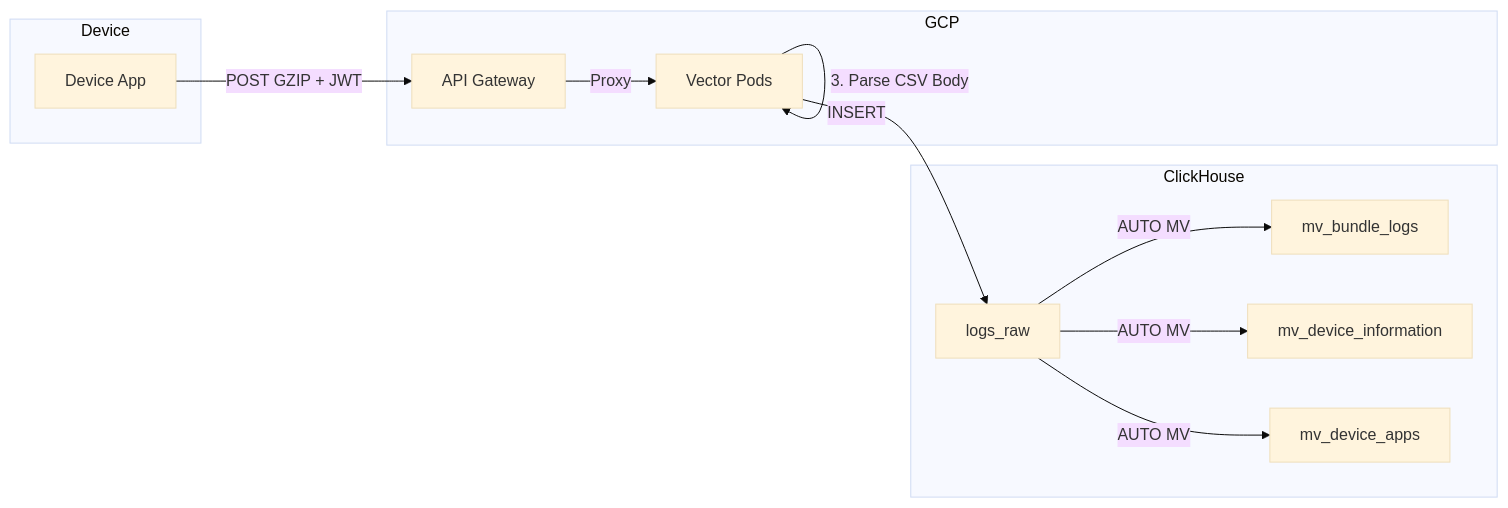
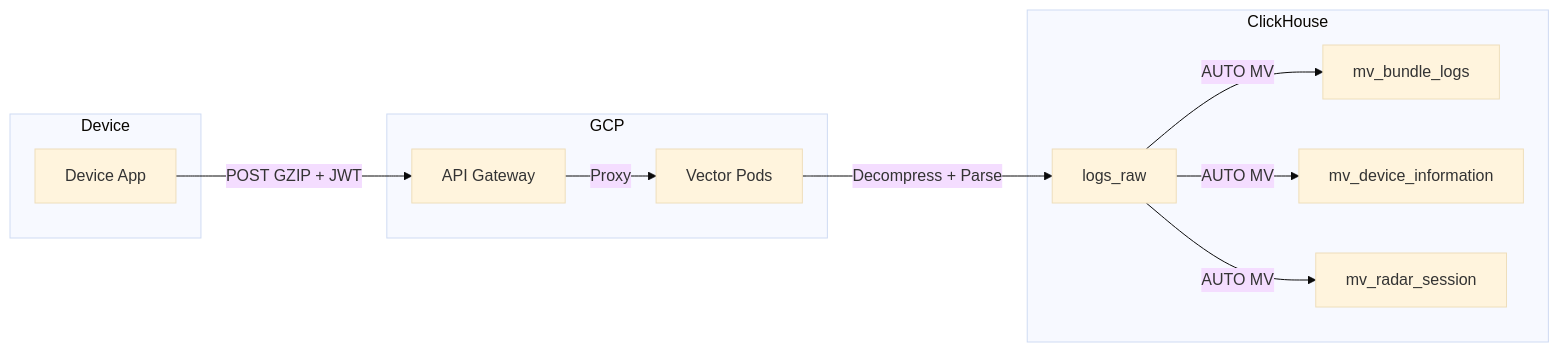
The diagram in docs/architecture/logs/LOGS.md (Tis1201/data_fs04), drawn with Mermaid (base theme) before and after one commit. The commit also changed other lines of this file and 1 other file, not shown here.

Commit message:
docs: add logs viewer component design and refine logs architecture to focus on ingestion and schema

````diff
--- a/docs/architecture/logs/LOGS.md
+++ b/docs/architecture/logs/LOGS.md
@@ -12,28 +13,25 @@
 ```mermaid
 flowchart LR
     subgraph Device
         App[Device App]
     end
 
     subgraph GCP
         Gateway[API Gateway]
         Vector[Vector Pods]
     end
 
     subgraph ClickHouse
         Raw[logs_raw]
         MV1[mv_bundle_logs]
         MV2[mv_device_information]
-        MV3[mv_device_apps]
+        MV3[mv_radar_session]
     end
 
     App -->|POST GZIP + JWT| Gateway
     Gateway -->|Proxy| Vector
-    Vector -->|1. Decompress| Vector
-    Vector -->|2. Parse JWT Claims| Vector
-    Vector -->|3. Parse CSV Body| Vector
-    Vector -->|INSERT| Raw
+    Vector -->|Decompress + Parse| Raw
     Raw -->|AUTO MV| MV1
     Raw -->|AUTO MV| MV2
     Raw -->|AUTO MV| MV3
 ```
````
